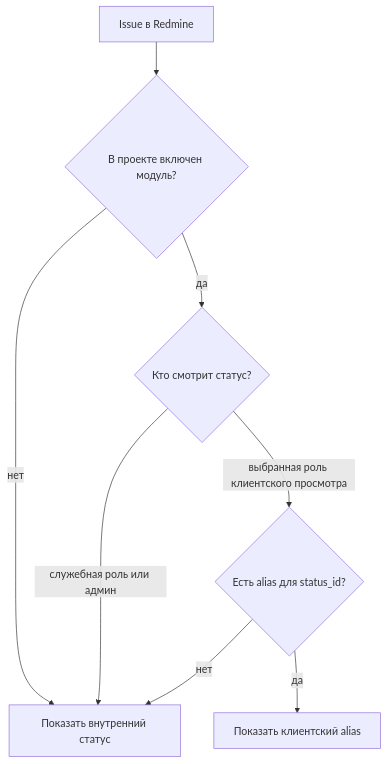
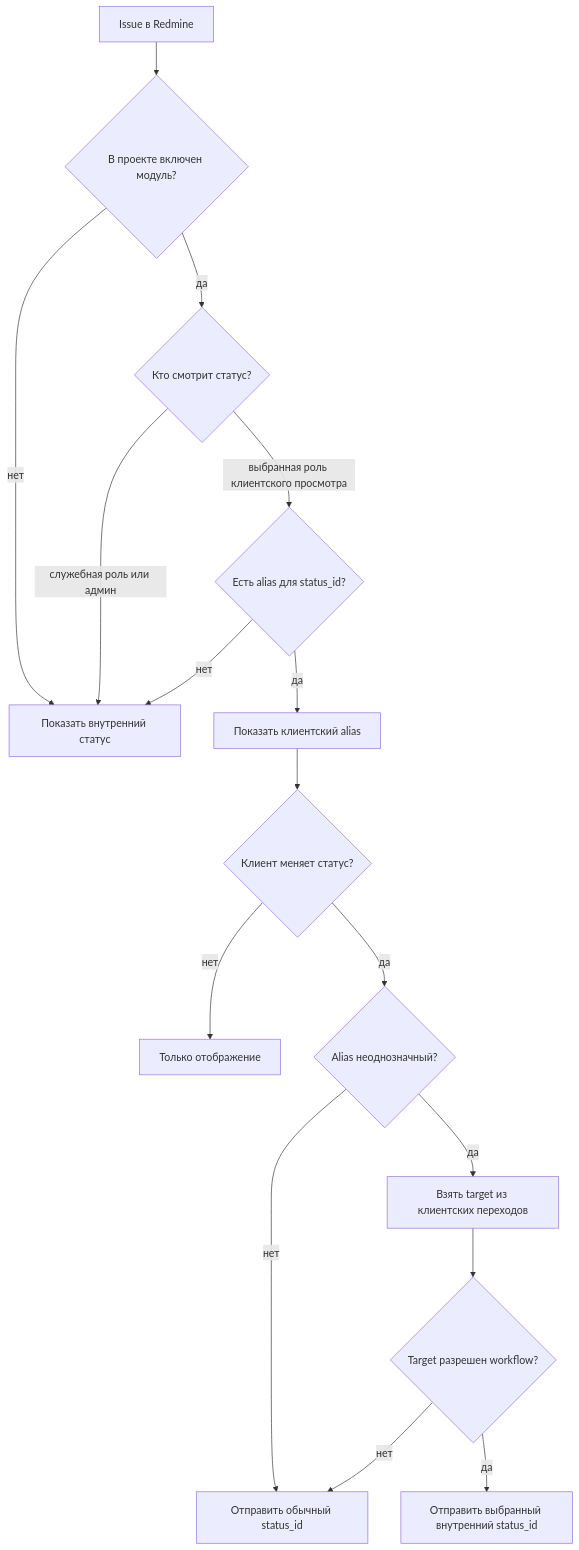
One commit to vatest021-ctrl/redmine-status-alias changed the diagram in README.md. Above: the diagram before and after it, drawn with Mermaid. The commit also changed other lines of this file and 6 other files, not shown here.

````diff
--- a/README.md
+++ b/README.md
@@ -138,10 +141,18 @@
 ```mermaid
 flowchart TD
   A["Issue в Redmine"] --> B{"В проекте включен модуль?"}
   B -- "нет" --> C["Показать внутренний статус"]
   B -- "да" --> D{"Кто смотрит статус?"}
   D -- "служебная роль или админ" --> C
   D -- "выбранная роль клиентского просмотра" --> E{"Есть alias для status_id?"}
   E -- "нет" --> C
   E -- "да" --> G["Показать клиентский alias"]
+  G --> H{"Клиент меняет статус?"}
+  H -- "нет" --> I["Только отображение"]
+  H -- "да" --> J{"Alias неоднозначный?"}
+  J -- "нет" --> K["Отправить обычный status_id"]
+  J -- "да" --> L["Взять target из клиентских переходов"]
+  L --> M{"Target разрешен workflow?"}
+  M -- "да" --> N["Отправить выбранный внутренний status_id"]
+  M -- "нет" --> K
 ```
````
